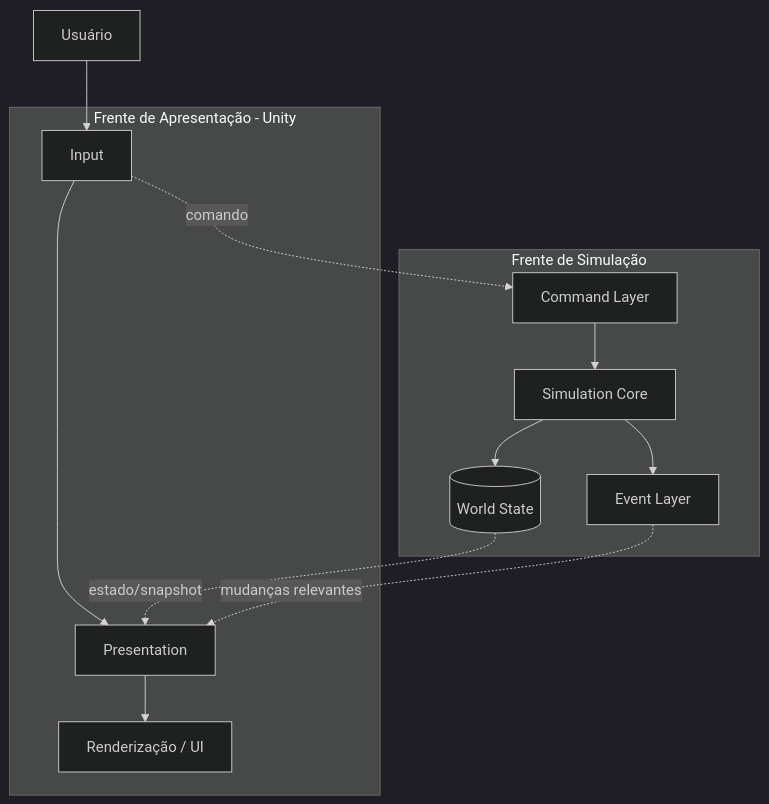
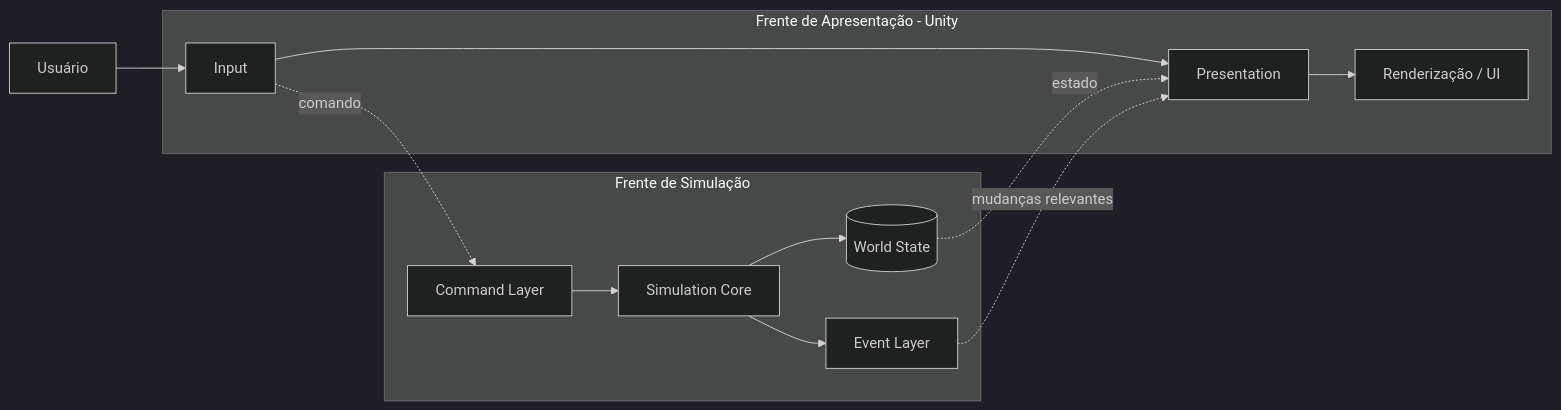
Before and after one commit to vilainricardo/AVA_C11: the second of 2 diagrams in docs/diagrams/architecture.md, drawn with Mermaid (dark theme). The commit also changed other lines of this file, not shown here.

Commit message:
refactor: separate container architecture from execution model

````diff
--- a/docs/diagrams/architecture.md
+++ b/docs/diagrams/architecture.md
@@ -21,27 +21,27 @@
 ```mermaid
-flowchart TB
+flowchart LR
     U[Usuário]
+
+    subgraph UNITY[Frente de Apresentação - Unity]
+        I[Input]
+        P[Presentation]
+        R[Renderização / UI]
+        I --> P
+        P --> R
+    end
 
     subgraph SIM[Frente de Simulação]
         C[Command Layer]
         S[Simulation Core]
         W[(World State)]
         E[Event Layer]
         C --> S
         S --> W
         S --> E
     end
 
-    subgraph UNITY[Frente de Apresentação - Unity]
-        I[Input]
-        P[Presentation]
-        R[Renderização / UI]
-        I --> P
-        P --> R
-    end
-
     U --> I
     I -. comando .-> C
-    W -. estado/snapshot .-> P
+    W -. estado .-> P
     E -. mudanças relevantes .-> P
 ```
````
